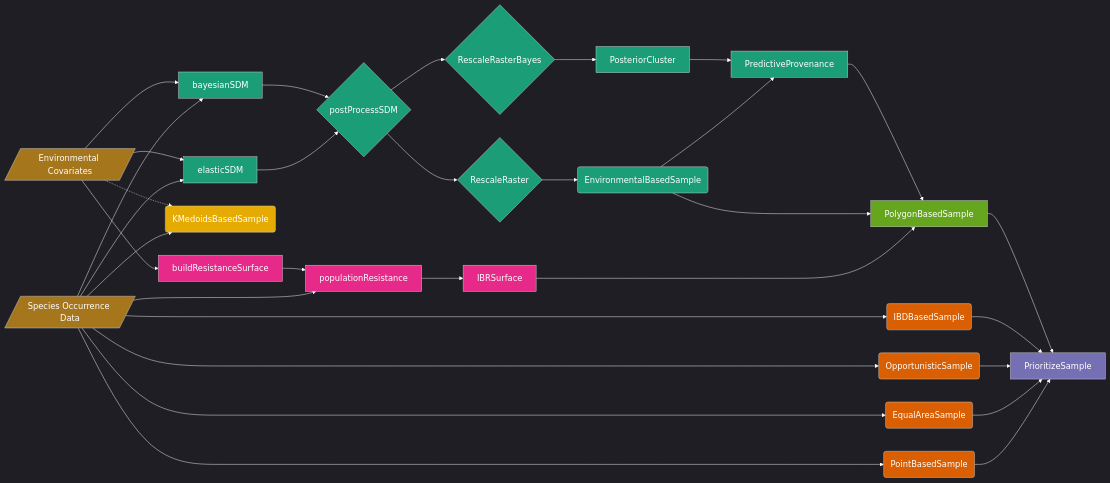
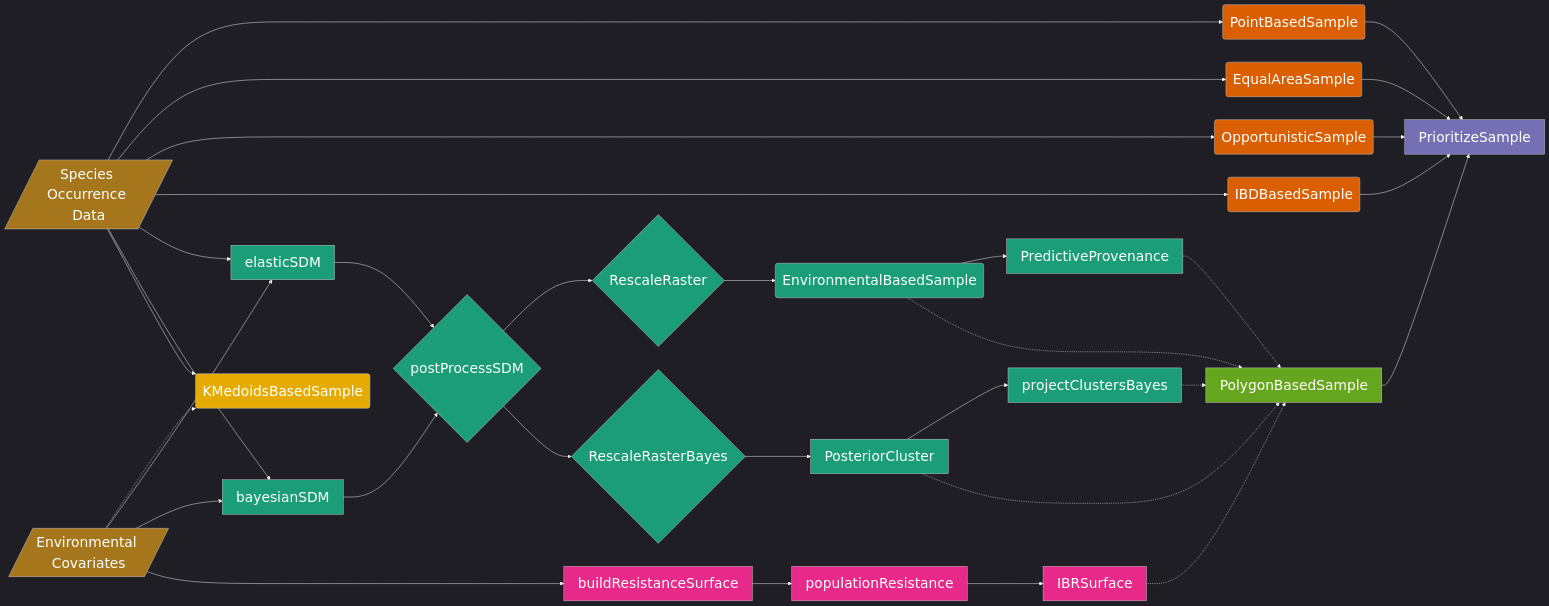
One commit to sagesteppe/safeHavens changed the diagram in index.md. Above: the diagram before and after it, drawn with Mermaid. The commit also changed other lines of this file and 149 other files, not shown here.

````diff
--- a/index.md
+++ b/index.md
@@ -74,56 +65,56 @@
 ``` mermaid
 %%{init: {'theme':'dark', 'themeVariables': {
     'primaryTextColor':'#ffffff',
     'lineColor':'#ffffff',
     'lineWidth':'24px',
-    'fontSize':'18px',
+    'fontSize':'30px',
     'fontFamily':'Arial'}}}%%
 flowchart LR
 A[/Species Occurrence Data/]
 B[/Environmental Covariates/]
-
 A --> D(PointBasedSample)
 A --> E(EqualAreaSample)
 A --> F(OpportunisticSample)
 A --> G(IBDBasedSample)
 A --> J[elasticSDM]
 A --> K[bayesianSDM]
 A --> L(KMedoidsBasedSample)
 B -.-> L
 B --> J
 B --> K
 D --> N[PrioritizeSample]
 E --> N
 F --> N
 G --> N
-A --> U[populationResistance]
 B --> H[buildResistanceSurface]
-H --> U
-U --> V[IBRSurface]
-V --> M[PolygonBasedSample]
+H --> V[populationResistance]
+V --> W[IBRSurface]
+W -.-> M[PolygonBasedSample]
 M --> N
 J --> O{postProcessSDM}
 K --> O
 O --> P{RescaleRaster}
 O --> S{RescaleRasterBayes}
 P --> Q(EnvironmentalBasedSample)
 Q --> R[PredictiveProvenance]
-Q --> M
-R --> M
+Q -.-> M
+R -.-> M
 S --> T[PosteriorCluster]
-T --> R
+T --> U2[projectClustersBayes]
+U2 -.-> M
+T -.-> M
 classDef geoColor fill:#d95f02,color:#FFFFFF
 classDef polyColor fill:#66a61e,color:#FFFFFF
 classDef envColor fill:#1b9e77,color:#FFFFFF
 classDef dataColor fill:#a6761d,color:#FFFFFF
 classDef decisionColor fill:#7570b3,color:#FFFFFF
 classDef rareColor fill:#e6ab02,color:#FFFFFF
 classDef ibrColor fill:#e7298a,color:#FFFFFF
 class D,E,F,G geoColor
-class H,M polyColor
-class J,K,O,P,S,T,U,Q,R envColor
+class M polyColor
+class J,K,O,P,S,T,Q,R,U2 envColor
 class A,B dataColor
 class N decisionColor
 class L rareColor
-class H,U,V ibrColor
+class H,V,W ibrColor
 ```
````
